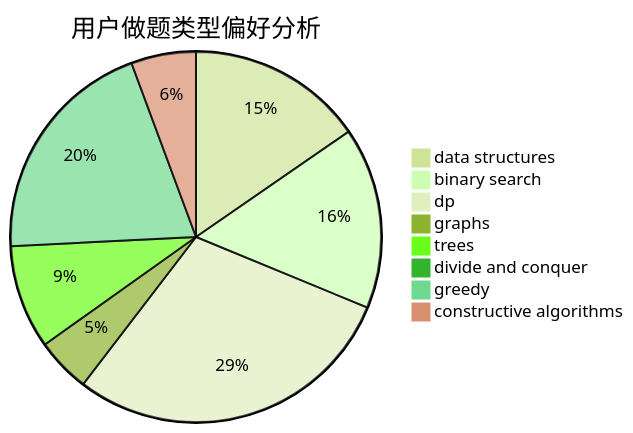
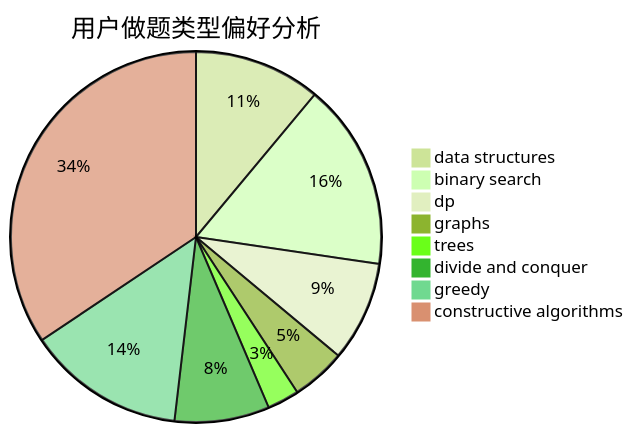
The second of 3 diagrams in docs/user/u2742.md (sherpahu/cfrs.github.io), drawn with Mermaid (forest theme) before and after one commit. The commit also changed other lines of this file and 2770 other files, not shown here.

````diff
--- a/docs/user/u2742.md
+++ b/docs/user/u2742.md
@@ -23,11 +23,11 @@
 ```mermaid
 pie title 用户做题类型偏好分析
-    "data structures" :  68
-    "binary search" :  70
-    "dp" :  129
-    "graphs" :  21
-    "trees" :  40
-    "divide and conquer" :  0
-    "greedy" :  89
-    "constructive algorithms" :  25
+    "data structures" :  119
+    "binary search" :  175
+    "dp" :  94
+    "graphs" :  51
+    "trees" :  30
+    "divide and conquer" :  89
+    "greedy" :  148
+    "constructive algorithms" :  370
 ```
````
